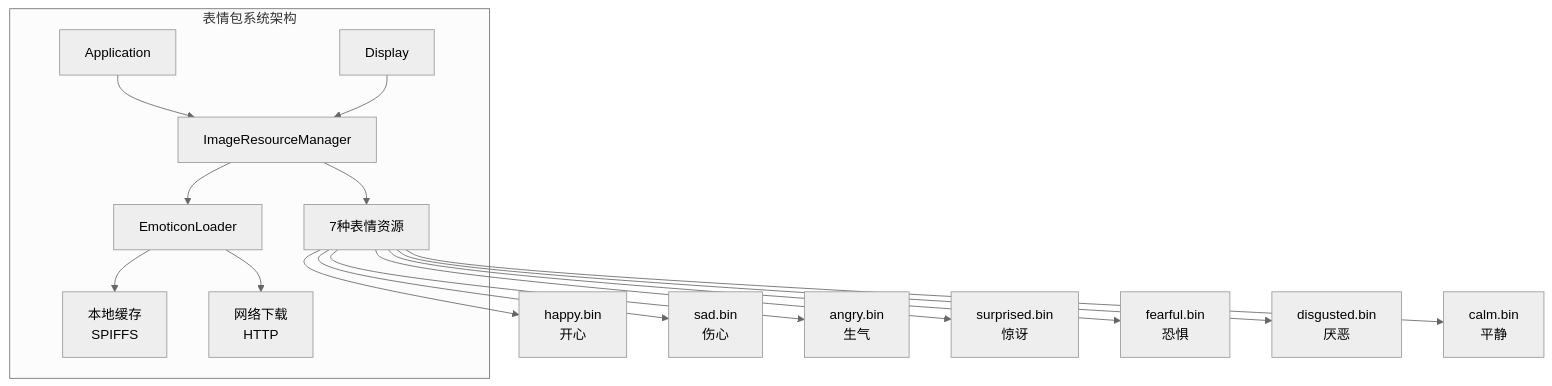
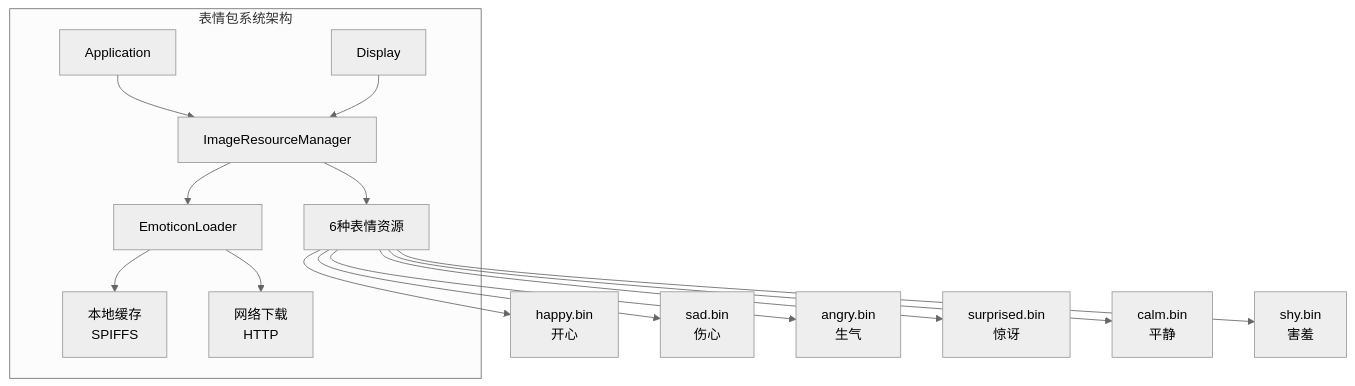
One commit to Chris-websketch/xiaozhi-esp32 changed the first of 5 diagrams in docs/wiki/显示系统/表情包系统.md. Above: the diagram before and after it, drawn with Mermaid (neutral theme). The commit also changed other lines of this file and 28 other files, not shown here.

First line of the commit message:
feat(image): 移除恐惧和厌恶表情包并优化图片资源管理

````diff
--- a/docs/wiki/显示系统/表情包系统.md
+++ b/docs/wiki/显示系统/表情包系统.md
@@ -32,19 +34,18 @@
 ```mermaid
 graph TB
 subgraph "表情包系统架构"
 A[ImageResourceManager] --> B[EmoticonLoader]
 B --> C[本地缓存<br/>SPIFFS]
 B --> D[网络下载<br/>HTTP]
 E[Application] --> A
 F[Display] --> A
-A --> G[7种表情资源]
+A --> G[6种表情资源]
 end
 
 G --> G1[happy.bin<br/>开心]
 G --> G2[sad.bin<br/>伤心]
 G --> G3[angry.bin<br/>生气]
 G --> G4[surprised.bin<br/>惊讶]
-G --> G5[fearful.bin<br/>恐惧]
-G --> G6[disgusted.bin<br/>厌恶]
-G --> G7[calm.bin<br/>平静]
+G --> G5[calm.bin<br/>平静]
+G --> G6[shy.bin<br/>害羞]
 ```
````
